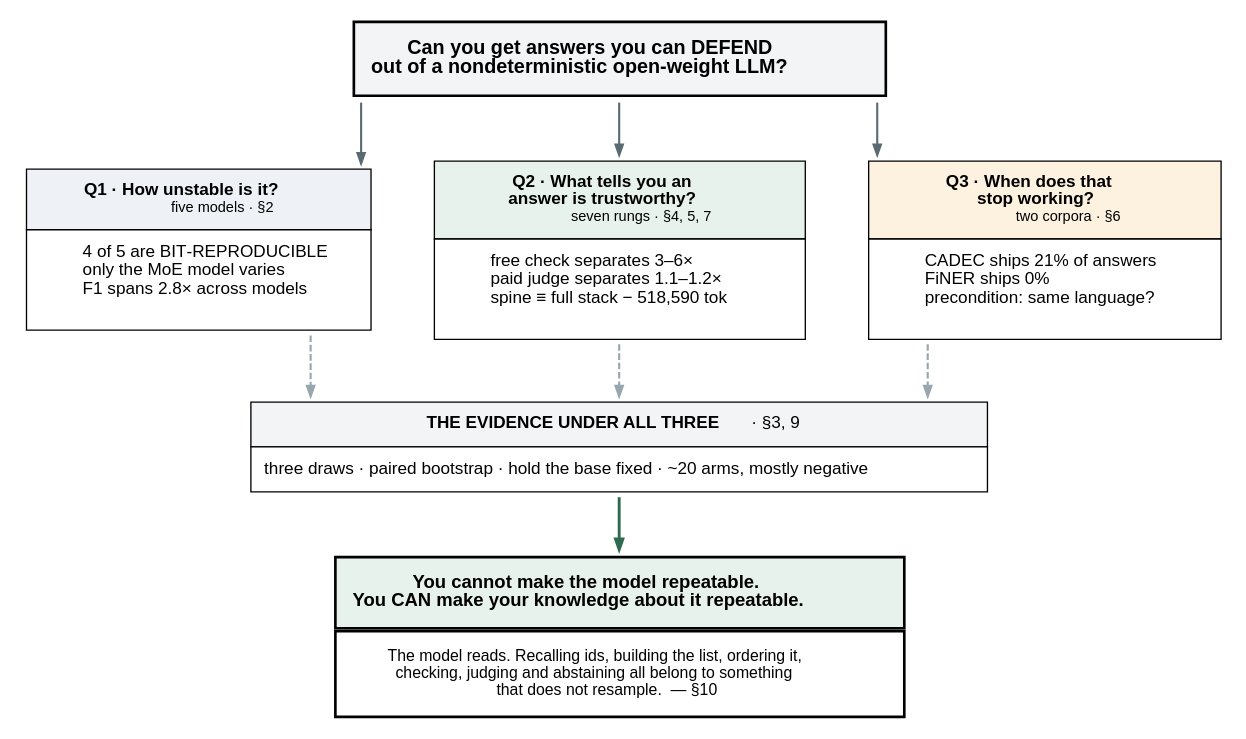
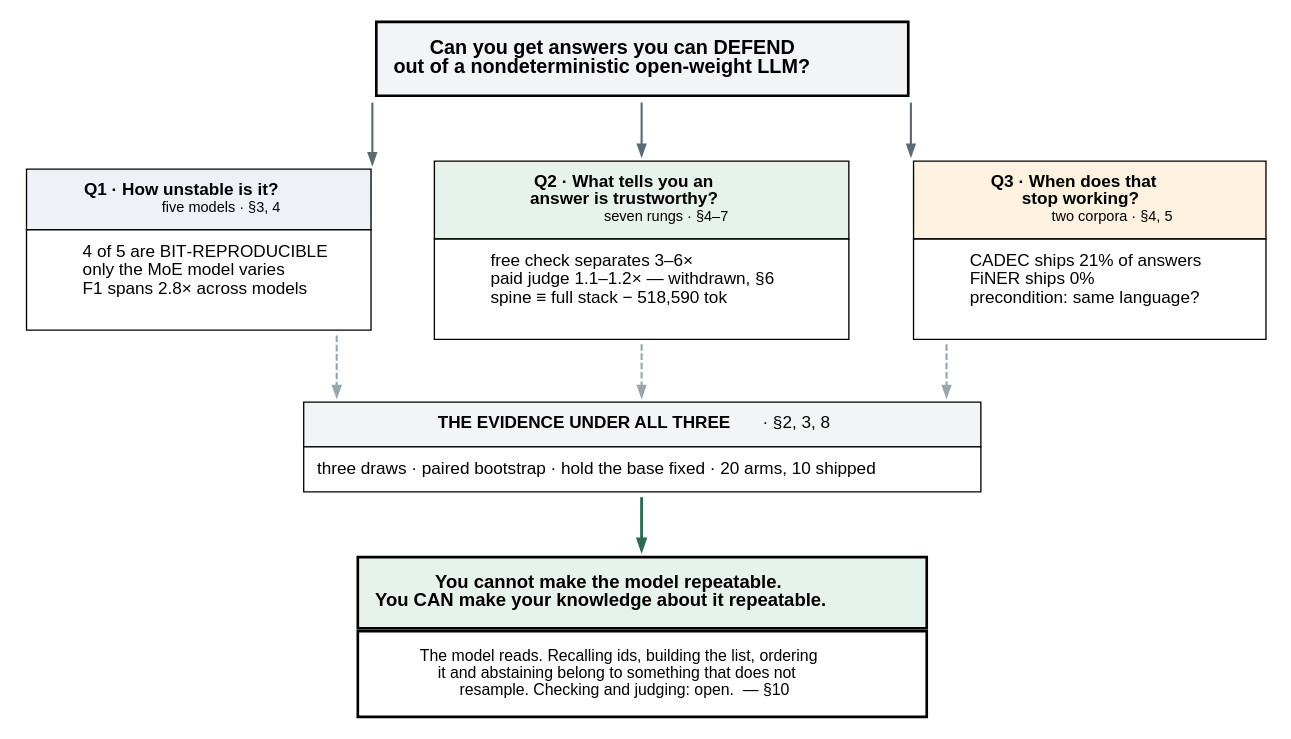
The diagram in docs/figures/fig6-spine.dot (wbagais/reliability-ladder), drawn with Graphviz before and after one commit. The commit also changed 3 other files, not shown here.

First line of the commit message:
fix figure 2's stale section pointers and qualify the thesis in the opening

```diff
--- a/docs/figures/fig6-spine.dot
+++ b/docs/figures/fig6-spine.dot
@@ -1,57 +1,61 @@
 // The article's spine: one question, three sub-questions, one answer each.
+// SECTION POINTERS WERE RE-CHECKED 2026-09-03 after the restructure that merged
+// four sections and renumbered the rest. If sections move again, they move here
+// too — this is the article's navigation aid and a stale pointer sends a reader
+// to the wrong evidence.
 // Colour carries the verdict, not the topic: green = the thing that worked,
 // red = the thing that did not, amber = the boundary condition.
 digraph spine {
   rankdir=TB; bgcolor="white"; splines=ortho;
   node [shape=none fontname="Helvetica" fontsize=13];
   graph [nodesep=0.45 ranksep=0.55];
 
   q [label=<<TABLE BORDER="0" CELLBORDER="2" CELLSPACING="0" CELLPADDING="12">
       <TR><TD BGCOLOR="#f2f4f5"><B><FONT POINT-SIZE="15">Can you get answers you can DEFEND<BR/>out of a nondeterministic open-weight LLM?</FONT></B></TD></TR>
       </TABLE>>];
 
   q1 [label=<<TABLE BORDER="0" CELLBORDER="1" CELLSPACING="0" CELLPADDING="9">
       <TR><TD BGCOLOR="#eef2f6"><B>Q1 &#183; How unstable is it?</B><BR/>
-          <FONT POINT-SIZE="11">five models &#183; &#167;2</FONT></TD></TR>
+          <FONT POINT-SIZE="11">five models &#183; &#167;3, 4</FONT></TD></TR>
       <TR><TD BGCOLOR="#ffffff" ALIGN="LEFT">
           4 of 5 are BIT&#8209;REPRODUCIBLE<BR ALIGN="LEFT"/>
           only the MoE model varies<BR ALIGN="LEFT"/>
           F1 spans 2.8&#215; across models<BR ALIGN="LEFT"/>
           </TD></TR></TABLE>>];
 
   q2 [label=<<TABLE BORDER="0" CELLBORDER="1" CELLSPACING="0" CELLPADDING="9">
       <TR><TD BGCOLOR="#e7f2ec"><B>Q2 &#183; What tells you an<BR/>answer is trustworthy?</B><BR/>
-          <FONT POINT-SIZE="11">seven rungs &#183; &#167;4, 5, 7</FONT></TD></TR>
+          <FONT POINT-SIZE="11">seven rungs &#183; &#167;4&#8211;7</FONT></TD></TR>
       <TR><TD BGCOLOR="#ffffff" ALIGN="LEFT">
           free check separates 3&#8211;6&#215;<BR ALIGN="LEFT"/>
-          paid judge separates 1.1&#8211;1.2&#215;<BR ALIGN="LEFT"/>
+          paid judge 1.1&#8211;1.2&#215; &#8212; withdrawn, &#167;6<BR ALIGN="LEFT"/>
           spine &#8801; full stack &#8722; 518,590 tok<BR ALIGN="LEFT"/>
           </TD></TR></TABLE>>];
 
   q3 [label=<<TABLE BORDER="0" CELLBORDER="1" CELLSPACING="0" CELLPADDING="9">
       <TR><TD BGCOLOR="#fdf1e0"><B>Q3 &#183; When does that<BR/>stop working?</B><BR/>
-          <FONT POINT-SIZE="11">two corpora &#183; &#167;6</FONT></TD></TR>
+          <FONT POINT-SIZE="11">two corpora &#183; &#167;4, 5</FONT></TD></TR>
       <TR><TD BGCOLOR="#ffffff" ALIGN="LEFT">
           CADEC ships 21% of answers<BR ALIGN="LEFT"/>
           FiNER ships 0%<BR ALIGN="LEFT"/>
           precondition: same language?<BR ALIGN="LEFT"/>
           </TD></TR></TABLE>>];
 
   ev [label=<<TABLE BORDER="0" CELLBORDER="1" CELLSPACING="0" CELLPADDING="9">
-      <TR><TD BGCOLOR="#f2f4f5"><B>THE EVIDENCE UNDER ALL THREE</B> &#183; &#167;3, 9</TD></TR>
-      <TR><TD BGCOLOR="#ffffff">three draws &#183; paired bootstrap &#183; hold the base fixed &#183; ~20 arms, mostly negative</TD></TR></TABLE>>];
+      <TR><TD BGCOLOR="#f2f4f5"><B>THE EVIDENCE UNDER ALL THREE</B> &#183; &#167;2, 3, 8</TD></TR>
+      <TR><TD BGCOLOR="#ffffff">three draws &#183; paired bootstrap &#183; hold the base fixed &#183; 20 arms, 10 shipped</TD></TR></TABLE>>];
 
   out [label=<<TABLE BORDER="0" CELLBORDER="2" CELLSPACING="0" CELLPADDING="12">
       <TR><TD BGCOLOR="#e7f2ec"><B><FONT POINT-SIZE="14">You cannot make the model repeatable.<BR/>You CAN make your knowledge about it repeatable.</FONT></B></TD></TR>
-      <TR><TD BGCOLOR="#ffffff"><FONT POINT-SIZE="12">The model reads. Recalling ids, building the list, ordering it,<BR/>checking, judging and abstaining all belong to something<BR/>that does not resample. &#160;&#8212;&#160;&#167;10</FONT></TD></TR>
+      <TR><TD BGCOLOR="#ffffff"><FONT POINT-SIZE="12">The model reads. Recalling ids, building the list, ordering<BR/>it and abstaining belong to something that does not<BR/>resample. Checking and judging: open. &#160;&#8212;&#160;&#167;10</FONT></TD></TR>
       </TABLE>>];
 
   edge [color="#5a6b73" penwidth=1.6 arrowsize=0.8];
   q -> q1; q -> q2; q -> q3;
   q1 -> ev [style=dashed color="#98a6ad"];
   q2 -> ev [style=dashed color="#98a6ad"];
   q3 -> ev [style=dashed color="#98a6ad"];
   ev -> out [penwidth=2.2 color="#2d6a4f"];
 
   {rank=same; q1; q2; q3;}
 }
```
